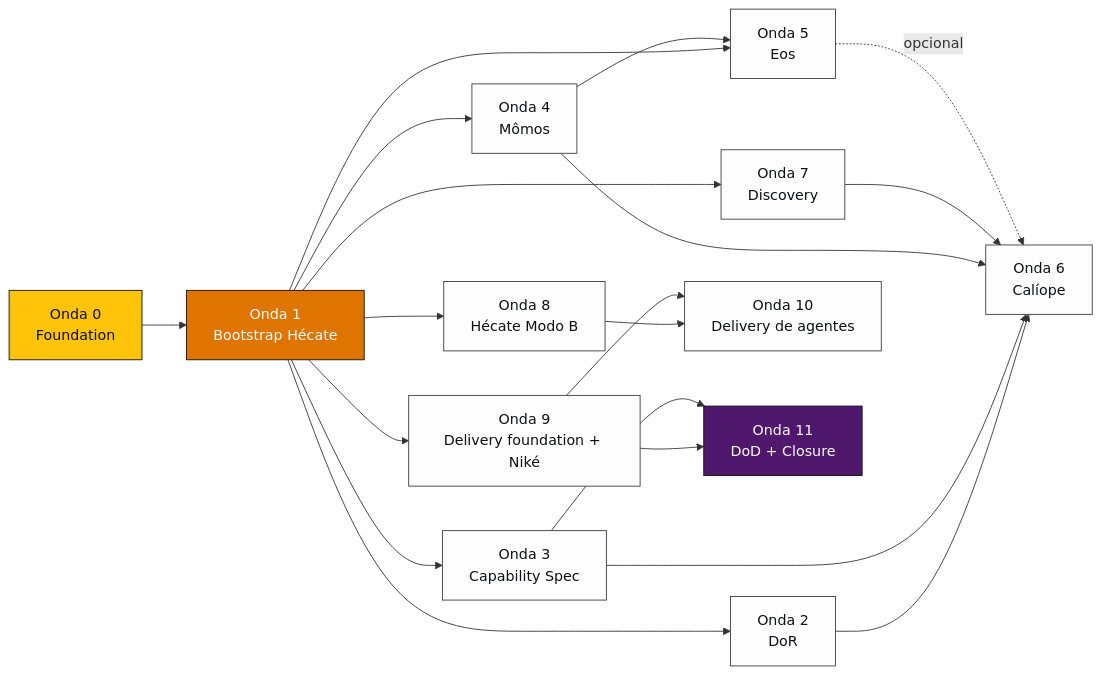
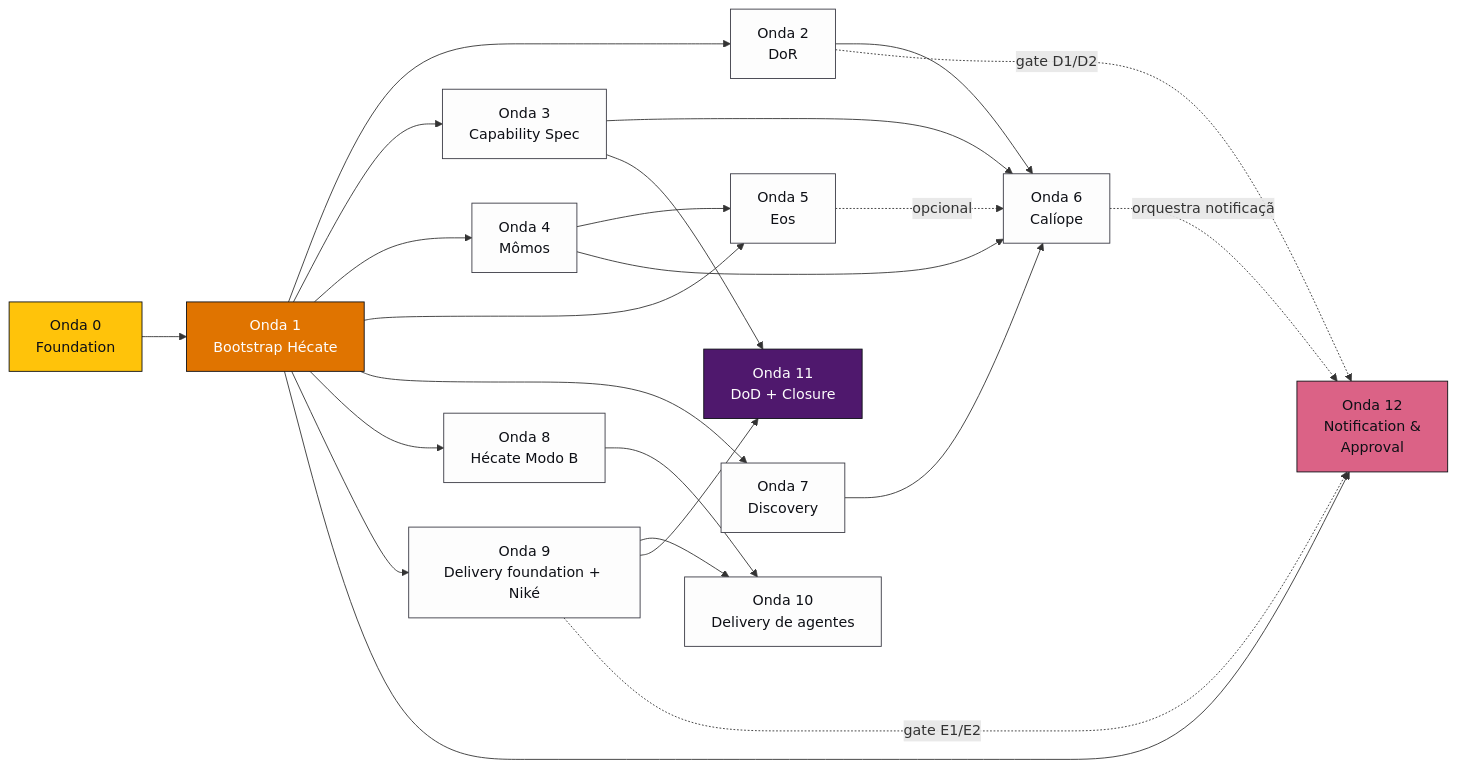
One commit to guardiatechnology/ahrena changed the diagram in docs/product-work-plan.md. Above: the diagram before and after it, drawn with Mermaid. The commit also changed other lines of this file, not shown here.

````diff
--- a/docs/product-work-plan.md
+++ b/docs/product-work-plan.md
@@ -64,46 +65,54 @@
 ```mermaid
 flowchart LR
     O0[Onda 0<br/>Foundation]
     O1[Onda 1<br/>Bootstrap Hécate]
     O2[Onda 2<br/>DoR]
     O3[Onda 3<br/>Capability Spec]
     O4[Onda 4<br/>Mômos]
     O5[Onda 5<br/>Eos]
     O6[Onda 6<br/>Calíope]
     O7[Onda 7<br/>Discovery]
     O8[Onda 8<br/>Hécate Modo B]
     O9[Onda 9<br/>Delivery foundation + Niké]
     O10[Onda 10<br/>Delivery de agentes]
     O11[Onda 11<br/>DoD + Closure]
+    O12[Onda 12<br/>Notification &<br/>Approval]
 
     O0 --> O1
     O1 --> O2
     O1 --> O3
     O1 --> O4
     O1 --> O5
     O1 --> O7
     O1 --> O8
     O1 --> O9
 
     O2 --> O6
     O3 --> O6
     O4 --> O5
     O4 --> O6
     O7 --> O6
     O5 -.opcional.-> O6
 
     O8 --> O10
     O9 --> O10
     O9 --> O11
     O3 --> O11
 
+    O1 --> O12
+    O2 -.gate D1/D2.-> O12
+    O6 -.orquestra notificação.-> O12
+    O9 -.gate E1/E2.-> O12
+
     classDef foundation fill:#FFC30A,stroke:#0E1016,color:#0E1016
     classDef bootstrap fill:#E07400,stroke:#0E1016,color:#FDFDFD
     classDef product fill:#FDFDFD,stroke:#3A3A44,color:#0E1016
     classDef closure fill:#4F186D,stroke:#0E1016,color:#FDFDFD
+    classDef integration fill:#DB6286,stroke:#0E1016,color:#0E1016
 
     class O0 foundation
     class O1 bootstrap
     class O2,O3,O4,O5,O6,O7,O8,O9,O10 product
     class O11 closure
+    class O12 integration
 ```
````
